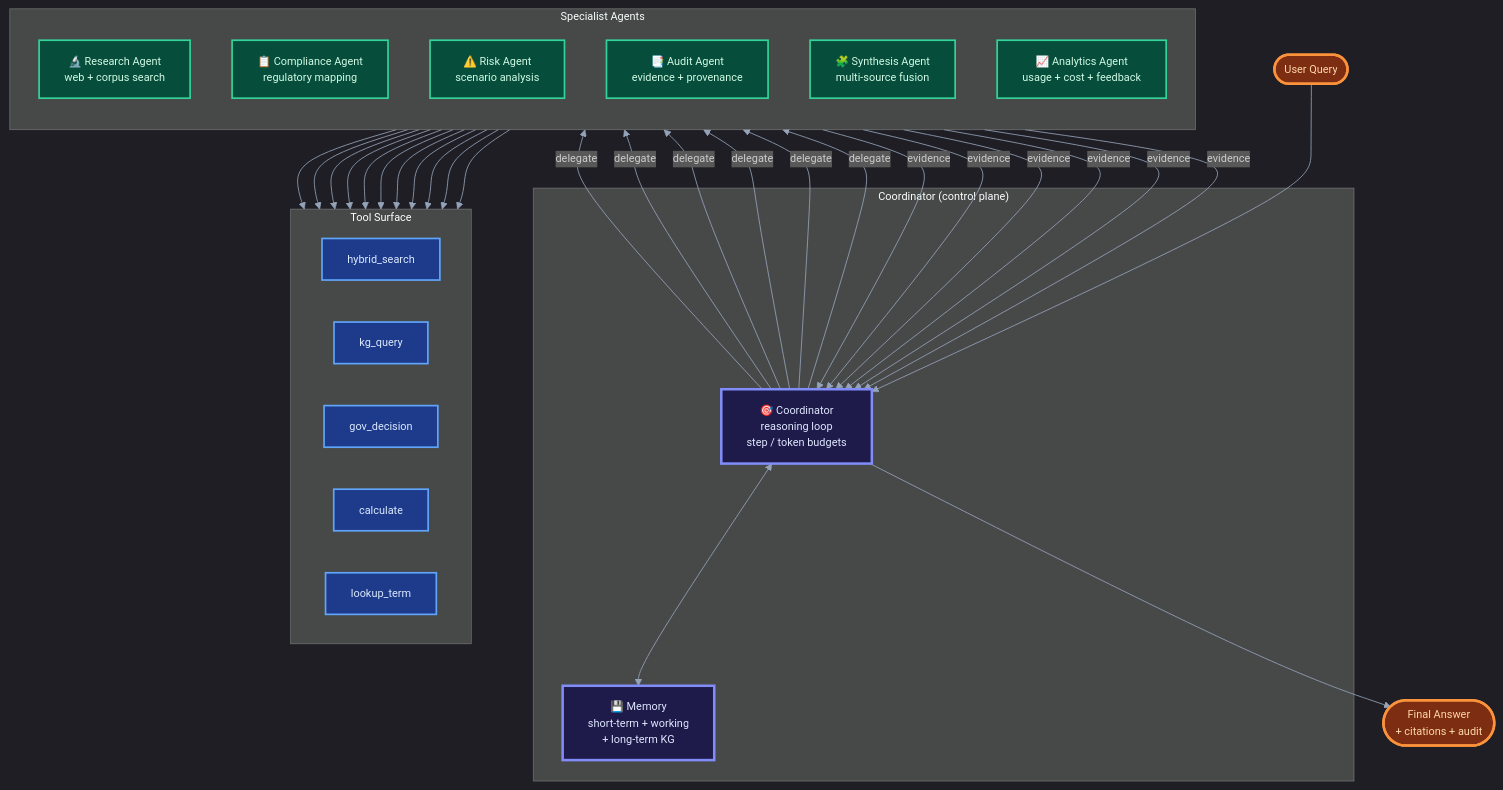
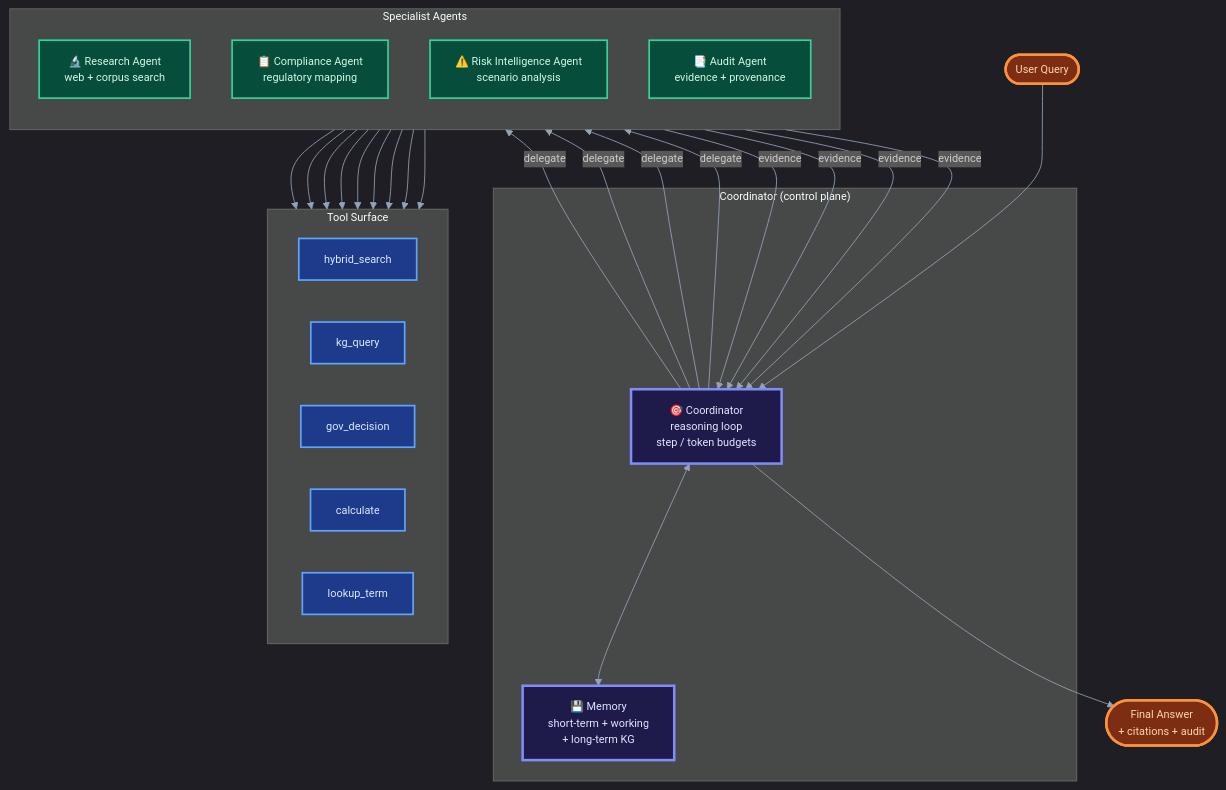
One commit to VIVEK-MARRI/RegIntel-AI changed the second of 3 diagrams in README.md. Above: the diagram before and after it, drawn with Mermaid. The commit also changed other lines of this file and 122 other files, not shown here.

````diff
--- a/README.md
+++ b/README.md
@@ -294,52 +286,46 @@
 ```mermaid
 %%{init: {'theme':'dark','themeVariables':{'primaryColor':'#1f2937','primaryTextColor':'#f9fafb','lineColor':'#94a3b8','fontSize':'13px'}}}%%
 flowchart TB
     subgraph CORE["Coordinator (control plane)"]
         COORD["🎯 Coordinator<br/>reasoning loop<br/>step / token budgets"]:::coord
         MEM["💾 Memory<br/>short-term + working<br/>+ long-term KG"]:::coord
     end
 
     subgraph SPECIALISTS["Specialist Agents"]
         direction TB
         RES["🔬 Research Agent<br/>web + corpus search"]:::spec
         COMP["📋 Compliance Agent<br/>regulatory mapping"]:::spec
-        RISK["⚠️ Risk Agent<br/>scenario analysis"]:::spec
+        RISK["⚠️ Risk Intelligence Agent<br/>scenario analysis"]:::spec
         AUD["📑 Audit Agent<br/>evidence + provenance"]:::spec
-        SYN["🧩 Synthesis Agent<br/>multi-source fusion"]:::spec
-        ANA["📈 Analytics Agent<br/>usage + cost + feedback"]:::spec
     end
 
     subgraph TOOLS["Tool Surface"]
         direction LR
         T1[hybrid_search]:::tool
         T2[kg_query]:::tool
         T3[gov_decision]:::tool
         T4[calculate]:::tool
         T5[lookup_term]:::tool
     end
 
     USER(["User Query"]):::user
     FINAL(["Final Answer<br/>+ citations + audit"]):::user
 
     USER --> COORD
     COORD <--> MEM
     COORD -->|delegate| RES
     COORD -->|delegate| COMP
     COORD -->|delegate| RISK
     COORD -->|delegate| AUD
-    COORD -->|delegate| SYN
-    COORD -->|delegate| ANA
     RES --> T1 & T2
     COMP --> T1 & T3 & T5
     RISK --> T1 & T3 & T4
     AUD --> T1
-    SYN --> T1
-    ANA --> T1
-    RES & COMP & RISK & AUD & SYN & ANA -->|evidence| COORD
+    RES & COMP & RISK & AUD -->|evidence| COORD
     COORD --> FINAL
 
     classDef coord fill:#1e1b4b,stroke:#818cf8,stroke-width:3px,color:#e0e7ff
     classDef spec fill:#064e3b,stroke:#34d399,stroke-width:2px,color:#d1fae5
     classDef tool fill:#1e3a8a,stroke:#60a5fa,stroke-width:2px,color:#dbeafe
     classDef user fill:#7c2d12,stroke:#fb923c,stroke-width:3px,color:#fed7aa
 ```
````
